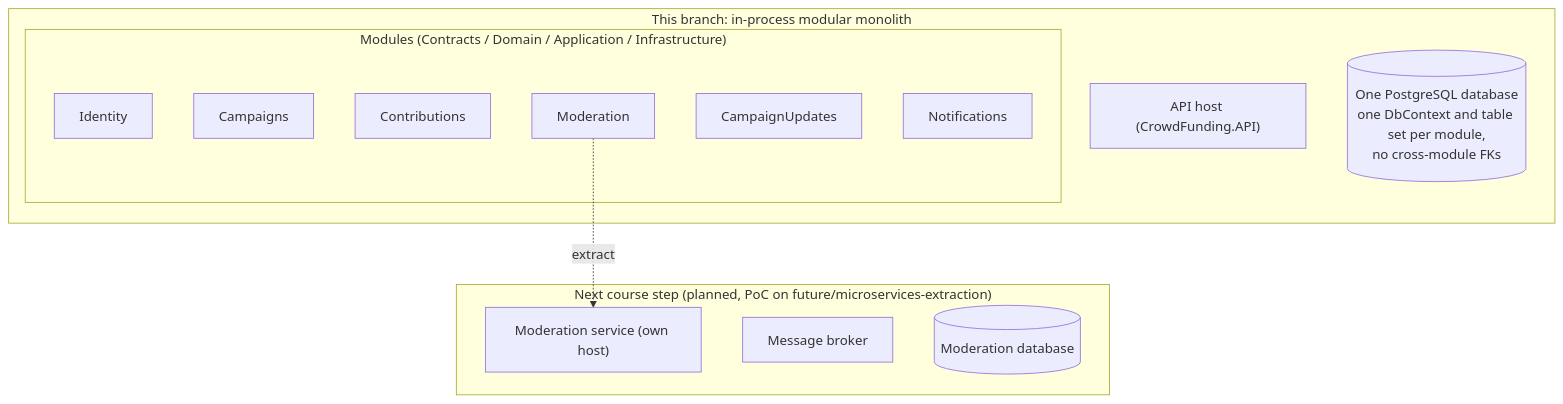
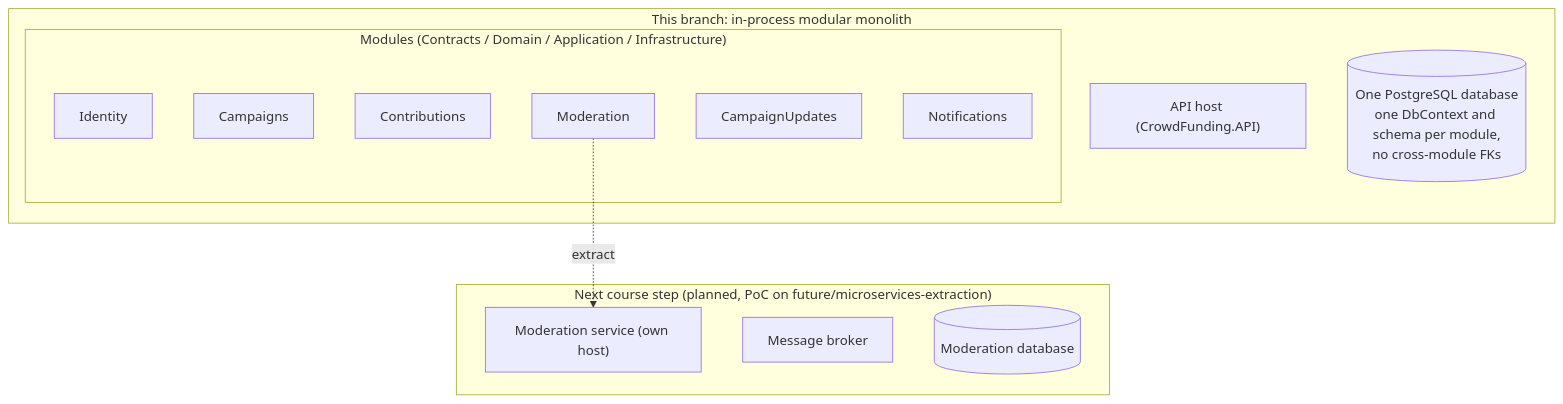
Before and after one commit to maysamgamini/crowdfundinghub: the diagram in educational/README.md, drawn with Mermaid. The commit also changed other lines of this file and 75 other files, not shown here.

````diff
--- a/educational/README.md
+++ b/educational/README.md
@@ -30,23 +30,23 @@
 ```mermaid
 graph TD
     subgraph Now["This branch: in-process modular monolith"]
         Host["API host (CrowdFunding.API)"]
         subgraph Mods["Modules (Contracts / Domain / Application / Infrastructure)"]
             IdM["Identity"]
             CampM["Campaigns"]
             ContM["Contributions"]
             ModM["Moderation"]
             UpdM["CampaignUpdates"]
             NotM["Notifications"]
         end
-        PG[("One PostgreSQL database<br/>one DbContext and table set per module,<br/>no cross-module FKs")]
+        PG[("One PostgreSQL database<br/>one DbContext and schema per module,<br/>no cross-module FKs")]
     end
 
     subgraph Next["Next course step (planned, PoC on future/microservices-extraction)"]
         ModSvc["Moderation service (own host)"]
         Broker["Message broker"]
         ModDb[("Moderation database")]
     end
 
     ModM -. "extract" .-> ModSvc
 ```
````
